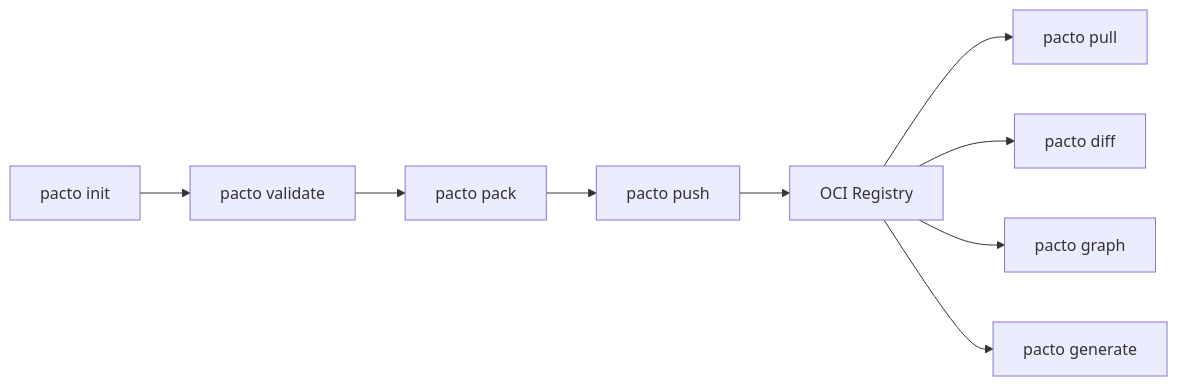
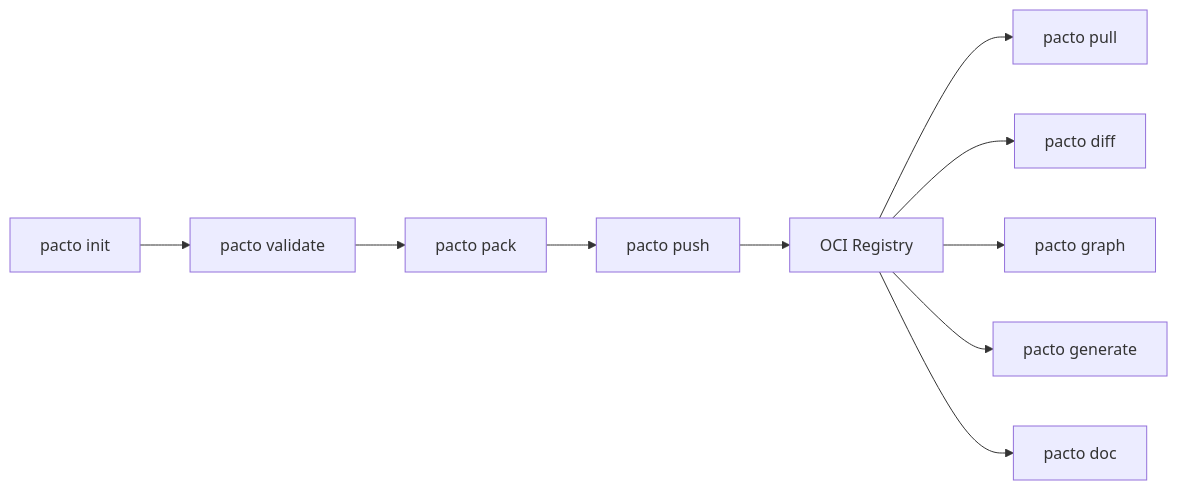
The diagram in docs/index.md (TrianaLab/pacto), drawn with Mermaid before and after one commit. The commit also changed other lines of this file and 24 other files, not shown here.

````diff
--- a/docs/index.md
+++ b/docs/index.md
@@ -90,11 +90,12 @@
 ```mermaid
 graph LR
     A[pacto init] --> B[pacto validate]
     B --> C[pacto pack]
     C --> D[pacto push]
     D --> E[OCI Registry]
     E --> F[pacto pull]
     E --> G[pacto diff]
     E --> H[pacto graph]
     E --> I[pacto generate]
+    E --> J[pacto doc]
 ```
````
